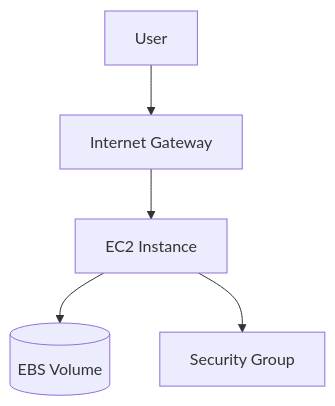
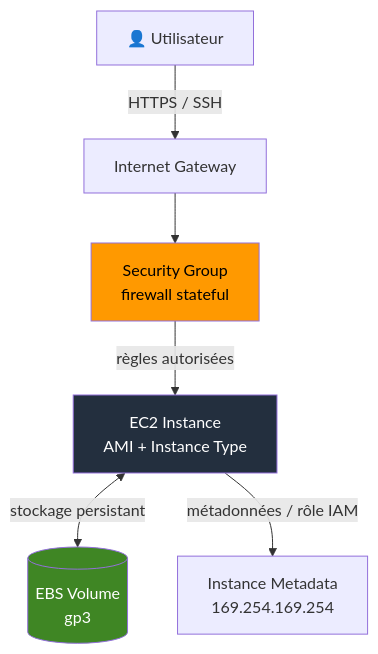
The diagram in courses/cloud-aws/aws_module_03_ec2.md (Gooseppr/GevOps_LC), drawn with Mermaid before and after one commit. The commit also changed other lines of this file and 23 other files, not shown here.

````diff
--- a/courses/cloud-aws/aws_module_03_ec2.md
+++ b/courses/cloud-aws/aws_module_03_ec2.md
@@ -55,7 +54,12 @@
 ```mermaid
 graph TD
-U[User] --> IGW[Internet Gateway]
-IGW --> EC2[EC2 Instance]
-EC2 --> EBS[(EBS Volume)]
-EC2 --> SG[Security Group]
+    U[👤 Utilisateur] -->|HTTPS / SSH| IGW[Internet Gateway]
+    IGW --> SG[Security Group<br/>firewall stateful]
+    SG -->|règles autorisées| EC2[EC2 Instance<br/>AMI + Instance Type]
+    EC2 <-->|stockage persistant| EBS[(EBS Volume<br/>gp3)]
+    EC2 -->|métadonnées / rôle IAM| META[Instance Metadata<br/>169.254.169.254]
+
+    style SG fill:#ff9900,color:#000
+    style EC2 fill:#232f3e,color:#fff
+    style EBS fill:#3f8624,color:#fff
 ```
````
